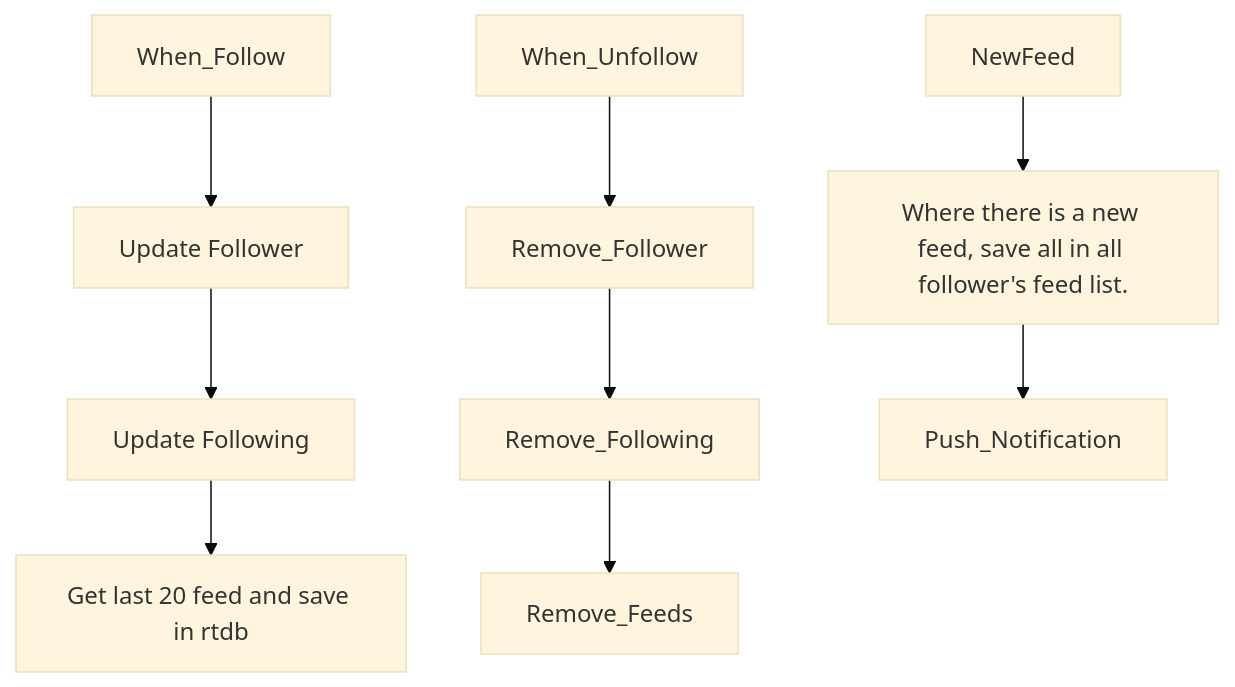
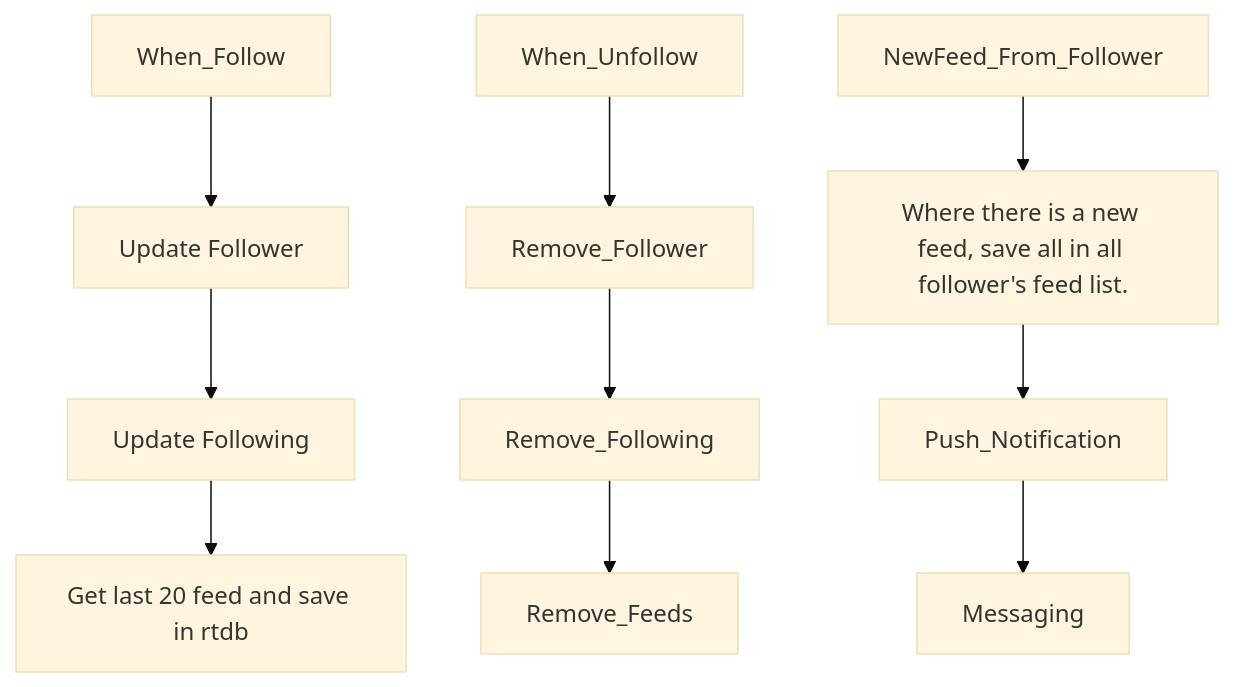
One commit to thruthesky/fireflutter changed the first of 3 diagrams in README.md. Above: the diagram before and after it, drawn with Mermaid (base theme). The commit also changed other lines of this file and 2 other files, not shown here.

Commit message:
update on list view

````diff
--- a/README.md
+++ b/README.md
@@ -550,8 +550,8 @@
 ```mermaid
 flowchart TD
 When_Follow-->UpdateFollower[Update Follower]-->UpdateFollowing[Update Following]-->UpdateFeed[Get last 20 feed and save in rtdb]
 
 When_Unfollow-->Remove_Follower-->Remove_Following-->Remove_Feeds
 
-NewFeed-->SaveNewFeedToAllFollower[Where there is a new feed, save all in all follower's feed list.]-->Push_Notification
+NewFeed_From_Follower-->SaveNewFeedToAllFollower[Where there is a new feed, save all in all follower's feed list.]-->Push_Notification-->Messaging
 ```
````
